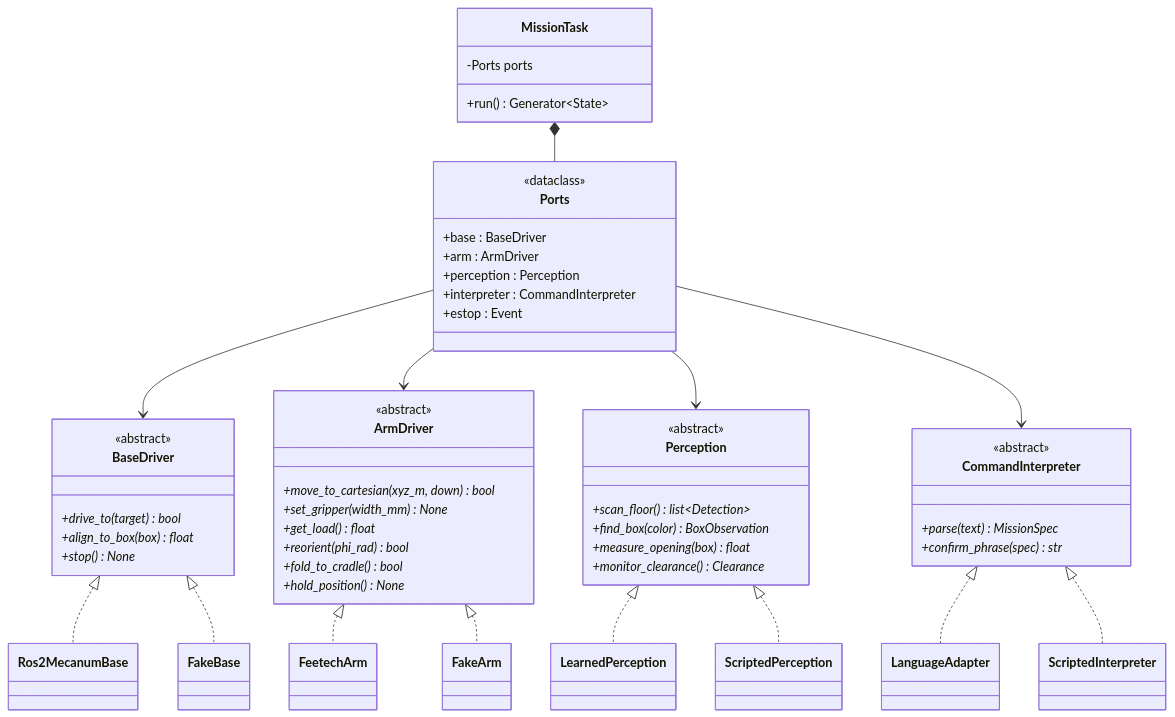
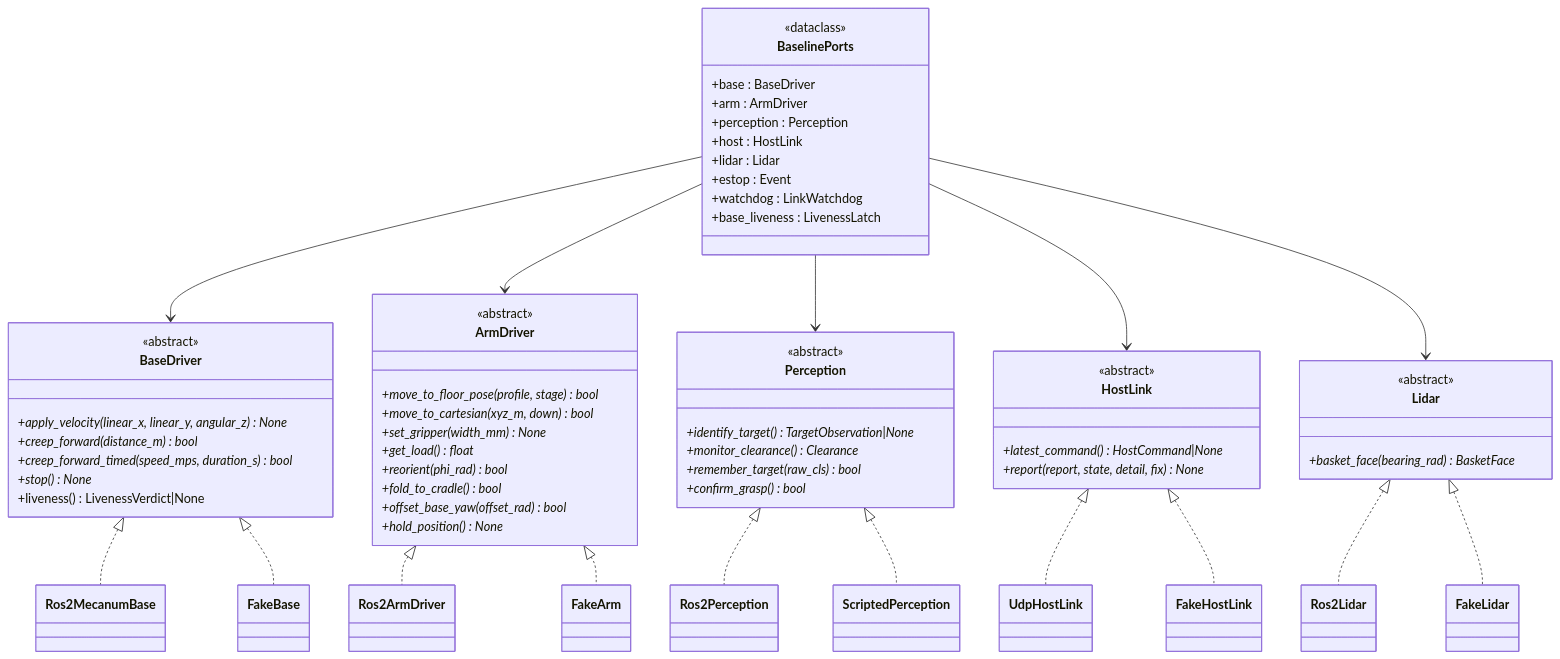
Before and after one commit to grippers-intel/grippers: the second of 4 diagrams in docs/design/class_diagram.md, drawn with Mermaid. The commit also changed other lines of this file and 7 other files, not shown here.

First line of the commit message:
docs: 설계 문서 5종을 실제 baseline_mission 코드 기준으로 전면 재작성 (2026-09-04)

````diff
--- a/docs/design/class_diagram.md
+++ b/docs/design/class_diagram.md
@@ -149,71 +132,81 @@
 ```mermaid
 classDiagram
     direction TB
 
-    class MissionTask {
-        -Ports ports
-        +run() Generator~State~
-    }
-    class Ports {
+    class BaselinePorts {
         <<dataclass>>
         +base : BaseDriver
         +arm : ArmDriver
         +perception : Perception
-        +interpreter : CommandInterpreter
+        +host : HostLink
+        +lidar : Lidar
         +estop : Event
+        +watchdog : LinkWatchdog
+        +base_liveness : LivenessLatch
     }
-
-    MissionTask *-- Ports
 
     class BaseDriver {
         <<abstract>>
-        +drive_to(target)* bool
-        +align_to_box(box)* float
+        +apply_velocity(linear_x, linear_y, angular_z)* None
+        +creep_forward(distance_m)* bool
+        +creep_forward_timed(speed_mps, duration_s)* bool
         +stop()* None
+        +liveness() LivenessVerdict|None
     }
     class ArmDriver {
         <<abstract>>
+        +move_to_floor_pose(profile, stage)* bool
         +move_to_cartesian(xyz_m, down)* bool
         +set_gripper(width_mm)* None
         +get_load()* float
         +reorient(phi_rad)* bool
         +fold_to_cradle()* bool
+        +offset_base_yaw(offset_rad)* bool
         +hold_position()* None
     }
     class Perception {
         <<abstract>>
-        +scan_floor()* list~Detection~
-        +find_box(color)* BoxObservation
-        +measure_opening(box)* float
+        +identify_target()* TargetObservation|None
         +monitor_clearance()* Clearance
+        +remember_target(raw_cls)* bool
+        +confirm_grasp()* bool
     }
-    class CommandInterpreter {
+    class HostLink {
         <<abstract>>
-        +parse(text)* MissionSpec
-        +confirm_phrase(spec)* str
+        +latest_command()* HostCommand|None
+        +report(report, state, detail, fix)* None
+    }
+    class Lidar {
+        <<abstract>>
+        +basket_face(bearing_rad)* BasketFace
     }
 
-    Ports --> BaseDriver
-    Ports --> ArmDriver
-    Ports --> Perception
-    Ports --> CommandInterpreter
+    BaselinePorts --> BaseDriver
+    BaselinePorts --> ArmDriver
+    BaselinePorts --> Perception
+    BaselinePorts --> HostLink
+    BaselinePorts --> Lidar
 
     class Ros2MecanumBase
-    class FeetechArm
-    class LearnedPerception
-    class LanguageAdapter
+    class Ros2ArmDriver
+    class Ros2Perception
+    class UdpHostLink
+    class Ros2Lidar
 
     class FakeBase
     class FakeArm
     class ScriptedPerception
-    class ScriptedInterpreter
+    class FakeHostLink
+    class FakeLidar
 
     BaseDriver <|.. Ros2MecanumBase
     BaseDriver <|.. FakeBase
-    ArmDriver <|.. FeetechArm
+    ArmDriver <|.. Ros2ArmDriver
     ArmDriver <|.. FakeArm
-    Perception <|.. LearnedPerception
+    Perception <|.. Ros2Perception
     Perception <|.. ScriptedPerception
-    CommandInterpreter <|.. LanguageAdapter
-    CommandInterpreter <|.. ScriptedInterpreter
+    HostLink <|.. UdpHostLink
+    HostLink <|.. FakeHostLink
+    Lidar <|.. Ros2Lidar
+    Lidar <|.. FakeLidar
 ```
````
